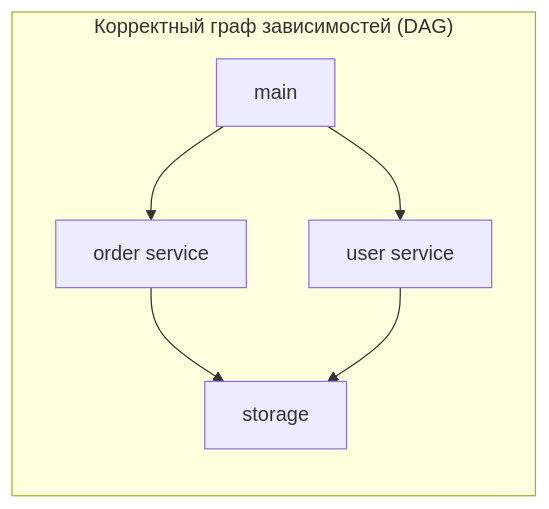
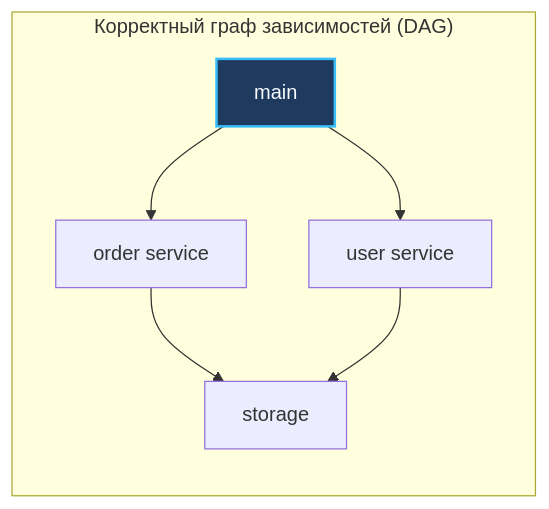
The second of 3 diagrams in sources/5. Учебник по Go (Основы и синтаксис)/26. Пакеты и организация кода.md (UnrealTemplier/go-textbook), drawn with Mermaid before and after one commit. The commit also changed other lines of this file and 1666 other files, not shown here.

First line of the commit message:
feat(mermaid): add semantic color classDef to 1369 colorless flowchart/graph diagrams

````diff
--- a/sources/5. Учебник по Go (Основы и синтаксис)/26. Пакеты и организация кода.md
+++ b/sources/5. Учебник по Go (Основы и синтаксис)/26. Пакеты и организация кода.md
@@ -108,10 +118,20 @@
 ```mermaid
 flowchart TD
+    classDef process  fill:#1e293b,stroke:#38bdf8,stroke-width:1px,color:#f8fafc
+    classDef success  fill:#064e3b,stroke:#34d399,stroke-width:1px,color:#f8fafc
+    classDef error    fill:#7f1d1d,stroke:#f87171,stroke-width:1px,color:#f8fafc
+    classDef warning  fill:#78350f,stroke:#fbbf24,stroke-width:1px,color:#f8fafc
+    classDef entry    fill:#1e3a5f,stroke:#38bdf8,stroke-width:2px,color:#f8fafc
+    classDef aux      fill:#334155,stroke:#64748b,stroke-width:1px,color:#f8fafc
+    classDef system   fill:#312e81,stroke:#a78bfa,stroke-width:1px,color:#f8fafc
+    classDef data     fill:#132d29,stroke:#2dd4bf,stroke-width:1px,color:#f8fafc
+    classDef network  fill:#881337,stroke:#fb7185,stroke-width:1px,color:#f8fafc
+    classDef accent   fill:#1e1b4b,stroke:#818cf8,stroke-width:1px,color:#f8fafc
     subgraph DAG ["Корректный граф зависимостей (DAG)"]
         direction TB
-        App["main"] --> Svc["order service"]
+        App["main"]:::entry --> Svc["order service"]
         App --> Usr["user service"]
         Svc --> DB["storage"]
         Usr --> DB["storage"]
     end
 ```
````
